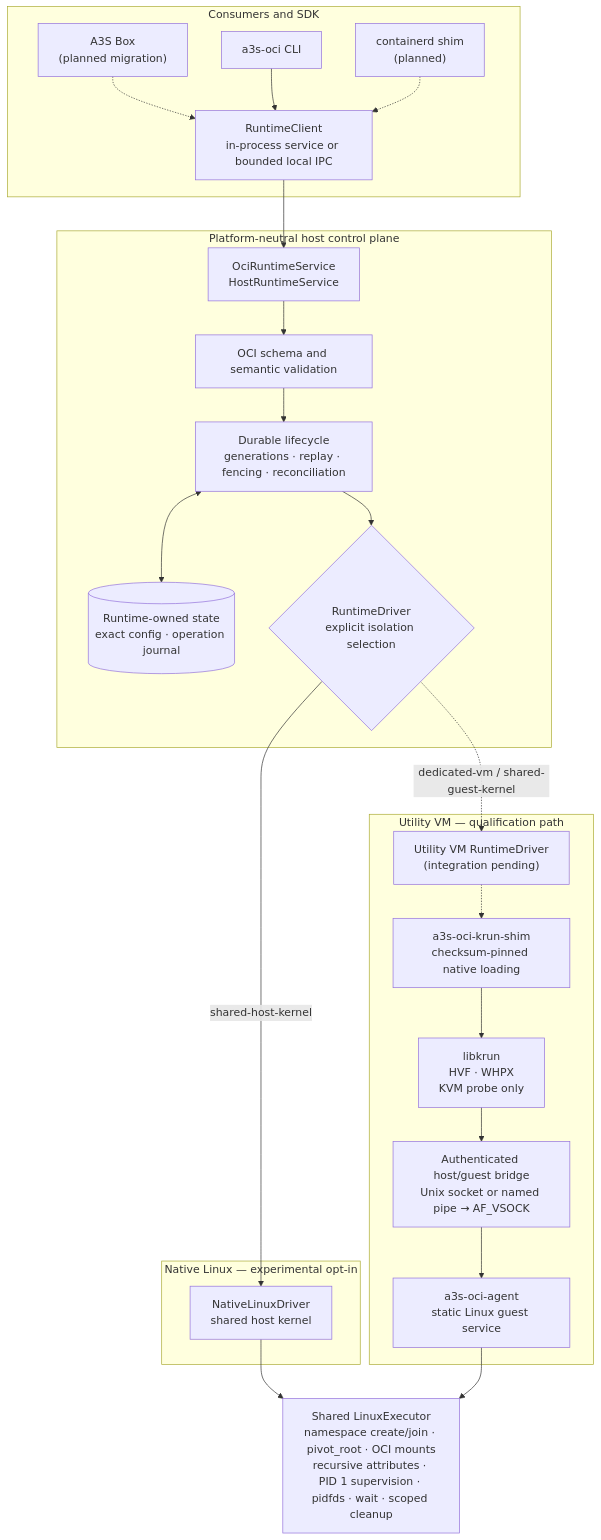
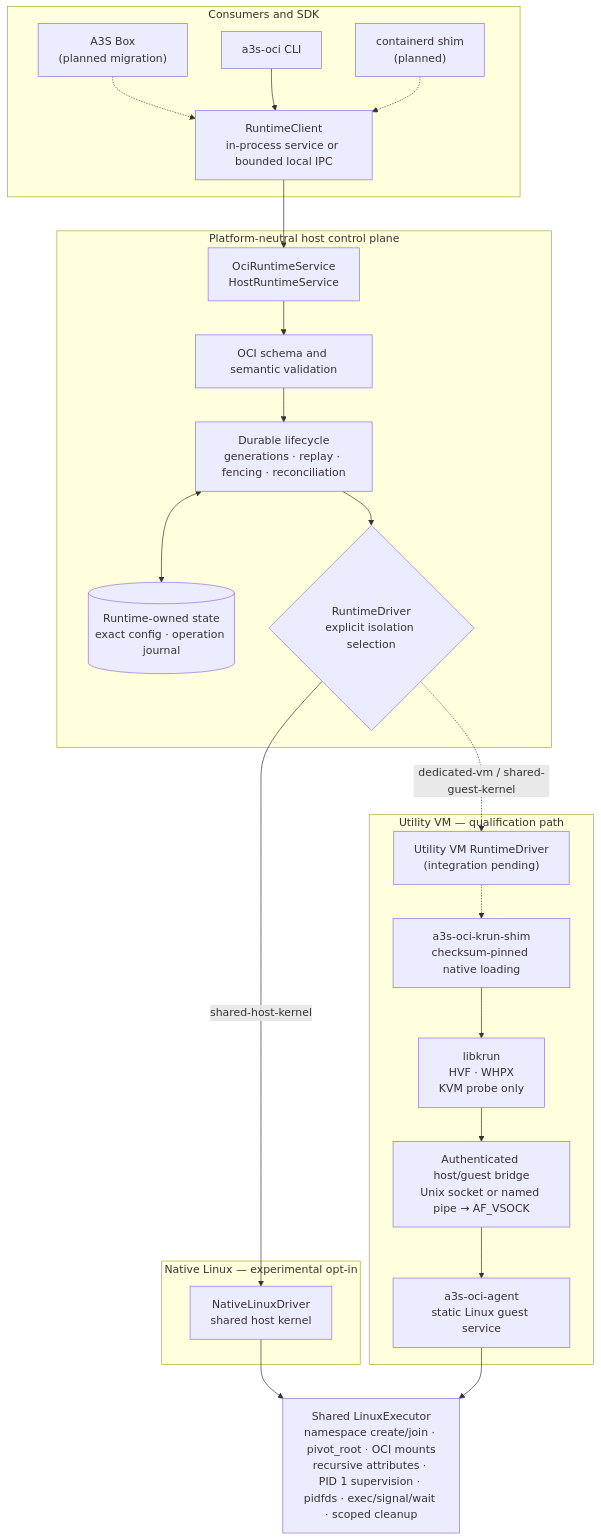
The diagram in README.md (A3S-Lab/OCI-Runtime), drawn with Mermaid before and after one commit. The commit also changed other lines of this file and 32 other files, not shown here.

Commit message:
feat(executor): run exact container exec processes

````diff
--- a/README.md
+++ b/README.md
@@ -515,46 +527,46 @@
 ```mermaid
 flowchart TB
     subgraph consumers["Consumers and SDK"]
         box["A3S Box<br/>(planned migration)"]
         cli["a3s-oci CLI"]
         containerd["containerd shim<br/>(planned)"]
         client["RuntimeClient<br/>in-process service or bounded local IPC"]
         box -.-> client
         cli --> client
         containerd -.-> client
     end
 
     subgraph control["Platform-neutral host control plane"]
         service["OciRuntimeService<br/>HostRuntimeService"]
         validation["OCI schema and semantic validation"]
         lifecycle["Durable lifecycle<br/>generations · replay · fencing · reconciliation"]
         state[("Runtime-owned state<br/>exact config · operation journal")]
         selection{"RuntimeDriver<br/>explicit isolation selection"}
 
         service --> validation --> lifecycle --> selection
         lifecycle <--> state
     end
 
     subgraph native["Native Linux — experimental opt-in"]
         native_driver["NativeLinuxDriver<br/>shared host kernel"]
     end
 
     subgraph utility["Utility VM — qualification path"]
         utility_driver["Utility VM RuntimeDriver<br/>(integration pending)"]
         shim["a3s-oci-krun-shim<br/>checksum-pinned native loading"]
         hypervisor["libkrun<br/>HVF · WHPX<br/>KVM probe only"]
         bridge["Authenticated host/guest bridge<br/>Unix socket or named pipe → AF_VSOCK"]
         agent["a3s-oci-agent<br/>static Linux guest service"]
 
         utility_driver -.-> shim
         shim --> hypervisor --> bridge --> agent
     end
 
-    executor["Shared LinuxExecutor<br/>namespace create/join · pivot_root · OCI mounts<br/>recursive attributes · PID 1 supervision · pidfds · wait · scoped cleanup"]
+    executor["Shared LinuxExecutor<br/>namespace create/join · pivot_root · OCI mounts<br/>recursive attributes · PID 1 supervision · pidfds · exec/signal/wait · scoped cleanup"]
 
     client --> service
     selection -->|"shared-host-kernel"| native_driver
     selection -.->|"dedicated-vm / shared-guest-kernel"| utility_driver
     native_driver --> executor
     agent --> executor
 ```
````
